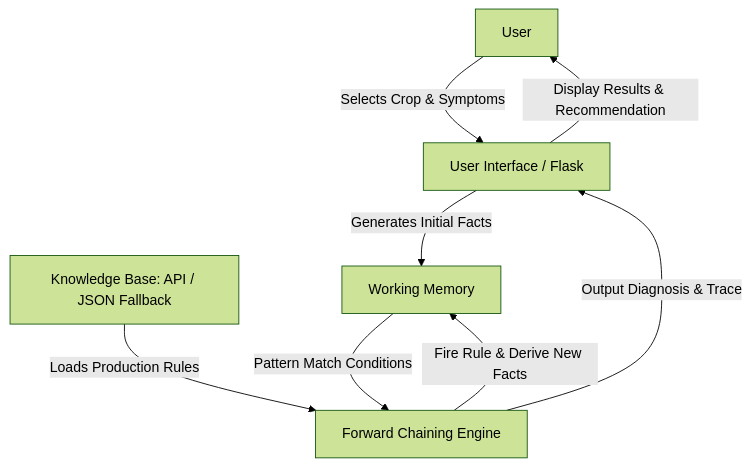
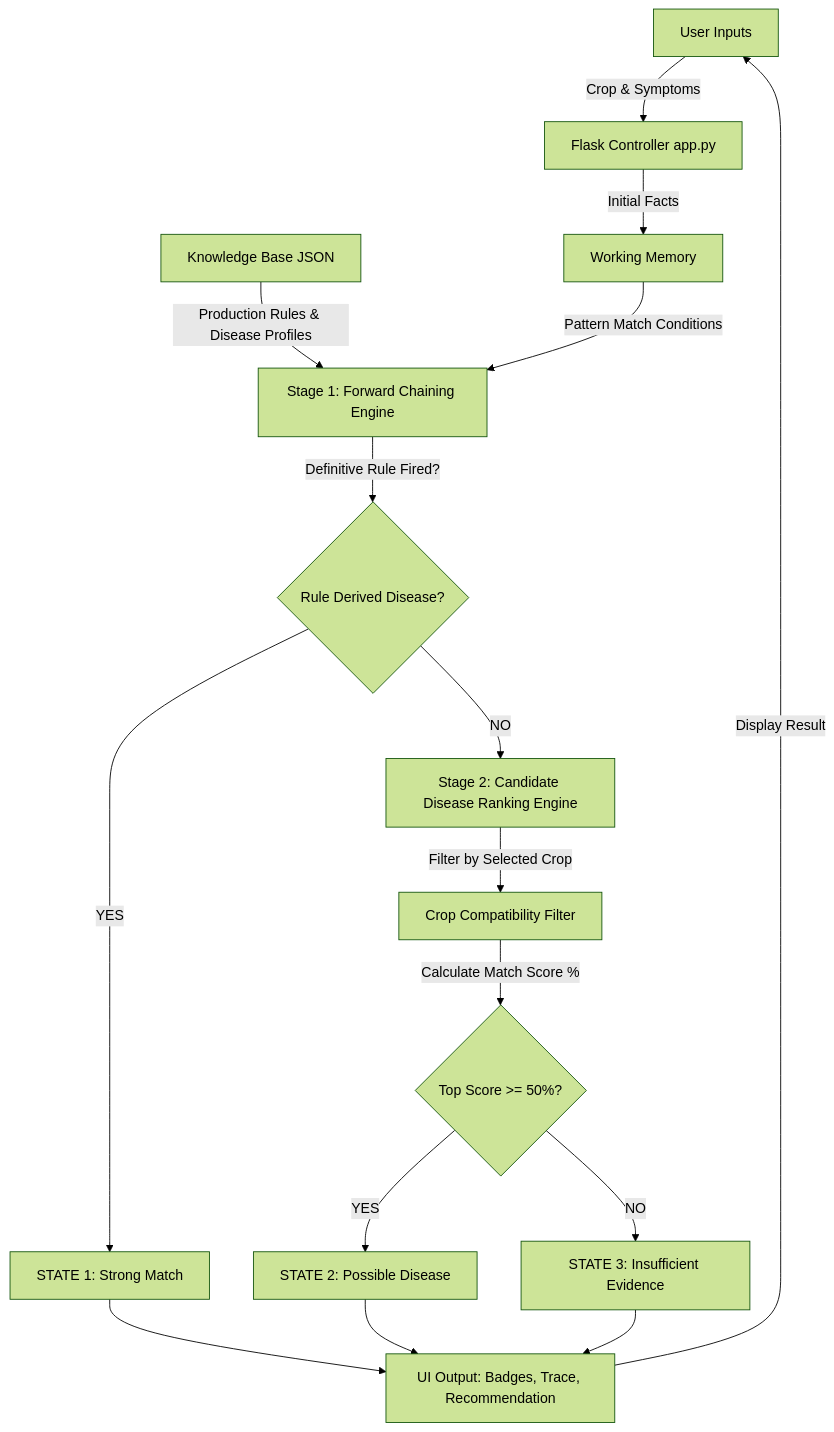
One commit to venkatengineer/FOAI-project changed the first of 2 diagrams in docs/diagrams.md. Above: the diagram before and after it, drawn with Mermaid (forest theme). The commit also changed other lines of this file and 18 other files, not shown here.

````diff
--- a/docs/diagrams.md
+++ b/docs/diagrams.md
@@ -9,10 +9,18 @@
 ```mermaid
 graph TD
-    A[User] -->|Selects Crop & Symptoms| B[User Interface / Flask]
-    B -->|Generates Initial Facts| C[Working Memory]
-    D[Knowledge Base: API / JSON Fallback] -->|Loads Production Rules| E[Forward Chaining Engine]
+    A[User Inputs] -->|Crop & Symptoms| B[Flask Controller app.py]
+    B -->|Initial Facts| C[Working Memory]
+    D[Knowledge Base JSON] -->|Production Rules & Disease Profiles| E[Stage 1: Forward Chaining Engine]
     C -->|Pattern Match Conditions| E
-    E -->|Fire Rule & Derive New Facts| C
-    E -->|Output Diagnosis & Trace| B
-    B -->|Display Results & Recommendation| A
+    E -->|Definitive Rule Fired?| F{Rule Derived Disease?}
+    F -->|YES| G[STATE 1: Strong Match]
+    F -->|NO| H[Stage 2: Candidate Disease Ranking Engine]
+    H -->|Filter by Selected Crop| I[Crop Compatibility Filter]
+    I -->|Calculate Match Score %| J{Top Score >= 50%?}
+    J -->|YES| K[STATE 2: Possible Disease]
+    J -->|NO| L[STATE 3: Insufficient Evidence]
+    G --> M[UI Output: Badges, Trace, Recommendation]
+    K --> M
+    L --> M
+    M -->|Display Result| A
 ```
````
